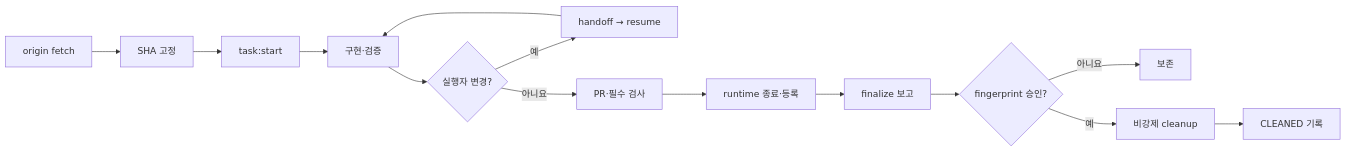
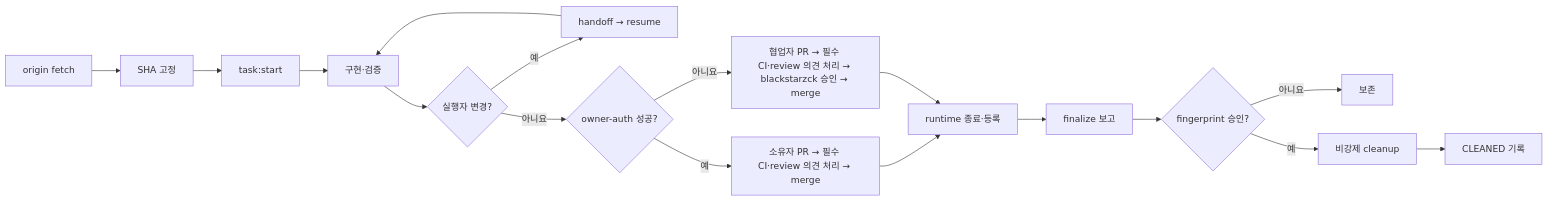
The first of 2 diagrams in docs/operations/ai-development-pipeline.md (blackstarzck/topik-project-v13), drawn with Mermaid before and after one commit. The commit also changed other lines of this file and 12 other files, not shown here.

````diff
--- a/docs/operations/ai-development-pipeline.md
+++ b/docs/operations/ai-development-pipeline.md
@@ -33,16 +33,19 @@
 ```mermaid
 flowchart LR
   A["origin fetch"] --> B["SHA 고정"]
   B --> C["task:start"]
   C --> D["구현·검증"]
   D --> E{"실행자 변경?"}
   E -- 예 --> F["handoff → resume"]
   F --> D
-  E -- 아니요 --> G["PR·필수 검사"]
-  G --> H["runtime 종료·등록"]
+  E -- 아니요 --> N{"owner-auth 성공?"}
+  N -- 예 --> O["소유자 PR → 필수 CI·review 의견 처리 → merge"]
+  N -- 아니요 --> P["협업자 PR → 필수 CI·review 의견 처리 → blackstarzck 승인 → merge"]
+  O --> H["runtime 종료·등록"]
+  P --> H
   H --> I["finalize 보고"]
   I --> J{"fingerprint 승인?"}
   J -- 아니요 --> K["보존"]
   J -- 예 --> L["비강제 cleanup"]
   L --> M["CLEANED 기록"]
 ```
````
